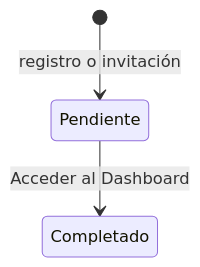
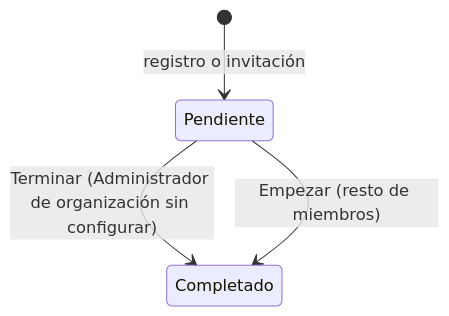
Before and after one commit to albarracingarciap/fluxion-saas: the diagram in docs/funcional/onboarding.md, drawn with Mermaid. The commit also changed other lines of this file and 17 other files, not shown here.

````diff
--- a/docs/funcional/onboarding.md
+++ b/docs/funcional/onboarding.md
@@ -120,5 +121,6 @@
 ```mermaid
 stateDiagram-v2
   [*] --> Pendiente: registro o invitación
-  Pendiente --> Completado: Acceder al Dashboard
+  Pendiente --> Completado: Terminar (Administrador de organización sin configurar)
+  Pendiente --> Completado: Empezar (resto de miembros)
 ```
````
